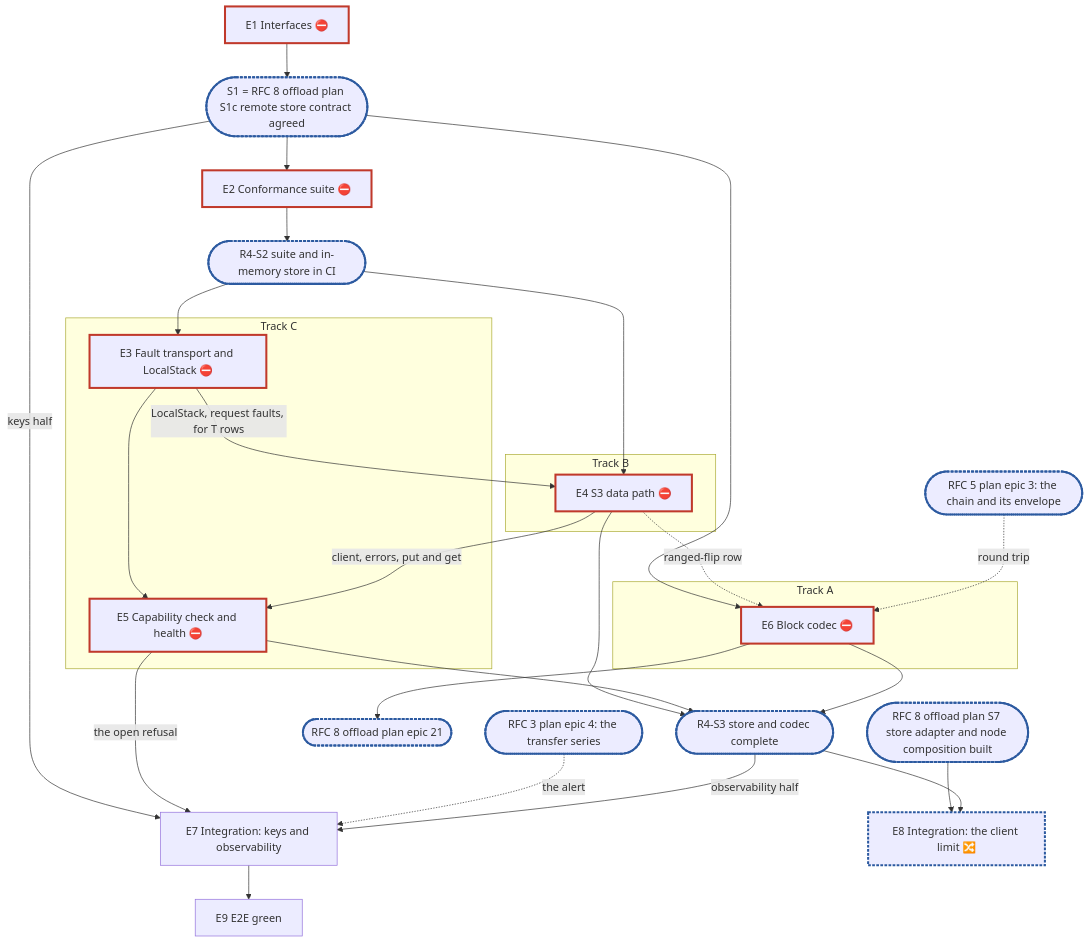
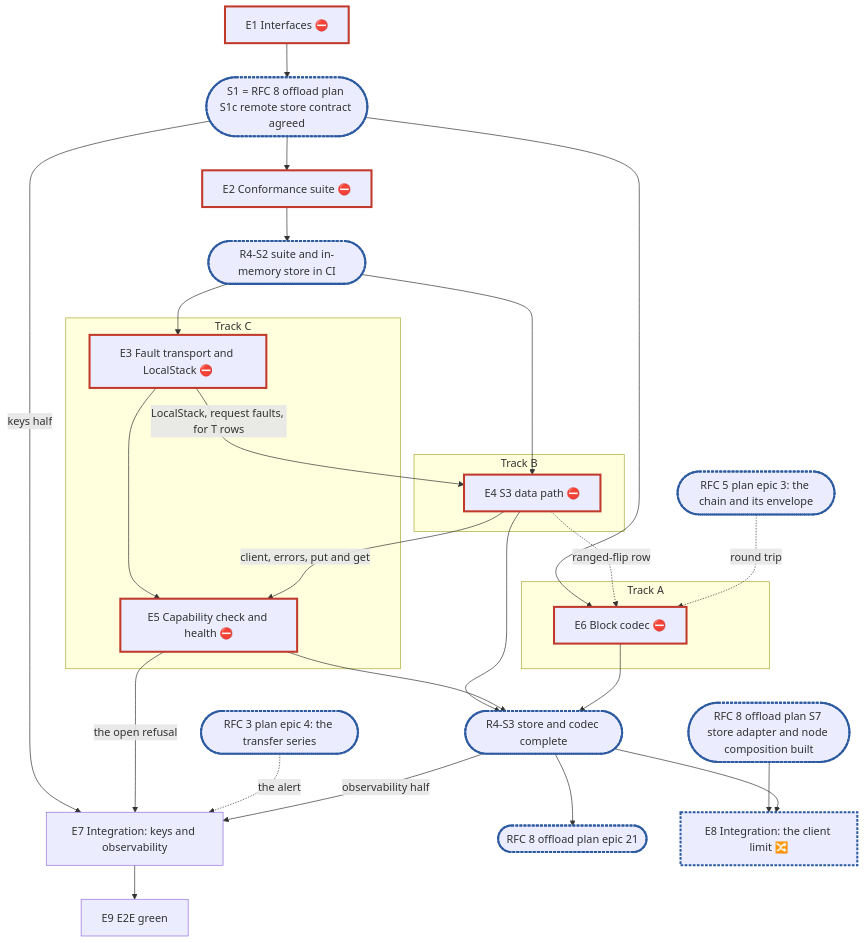
The diagram in .planning/rfc-4-remote-tier-plan.md (cubbit/dittofs), drawn with Mermaid before and after one commit. The commit also changed other lines of this file and 2 other files, not shown here.

Commit message:
docs(rfc-4): fold review: HTTP/1.1 pin, trust roots key, epic 21 gated on R4-S3

````diff
--- a/.planning/rfc-4-remote-tier-plan.md
+++ b/.planning/rfc-4-remote-tier-plan.md
@@ -336,31 +342,31 @@
 ```mermaid
 flowchart TD
   E1["E1 Interfaces ⛔"]:::blocker --> S1(["S1 = RFC 8 offload plan S1c remote store contract agreed"]):::sync
   S1 --> E2["E2 Conformance suite ⛔"]:::blocker --> RS2(["R4-S2 suite and in-memory store in CI"]):::sync
   subgraph A["Track A"]
     E6["E6 Block codec ⛔"]:::blocker
   end
   subgraph B["Track B"]
     E4["E4 S3 data path ⛔"]:::blocker
   end
   subgraph C["Track C"]
     E3["E3 Fault transport and LocalStack ⛔"]:::blocker --> E5["E5 Capability check and health ⛔"]:::blocker
   end
   RS2 --> E3 & E4
   S1 --> E6
   E4 -. "ranged-flip row" .-> E6
   R5(["RFC 5 plan epic 3: the chain and its envelope"]):::sync -. "round trip" .-> E6
   E3 -- "LocalStack, request faults, for T rows" --> E4
   E4 -- "client, errors, put and get" --> E5
   S1 -- "keys half" --> E7["E7 Integration: keys and observability"]
   E5 -- "the open refusal" --> E7
   R3(["RFC 3 plan epic 4: the transfer series"]):::sync -. "the alert" .-> E7
   E4 & E5 & E6 --> RS3(["R4-S3 store and codec complete"]):::sync
   RS3 -- "observability half" --> E7
-  E6 --> R8(["RFC 8 offload plan epic 21"]):::sync
+  RS3 --> R8(["RFC 8 offload plan epic 21"]):::sync
   S7(["RFC 8 offload plan S7 store adapter and node composition built"]):::sync --> E8["E8 Integration: the client limit 🔀"]:::sync
   RS3 --> E8
   E7 --> E9["E9 E2E green"]
   classDef blocker stroke:#c0392b,stroke-width:3px
   classDef sync stroke:#2c5aa0,stroke-width:3px,stroke-dasharray:4 2
 ```
````
